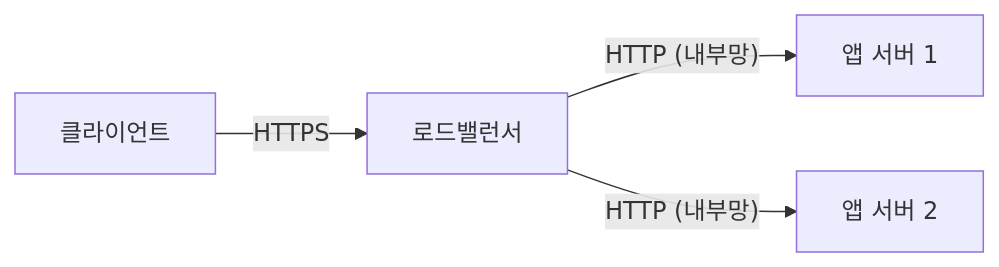
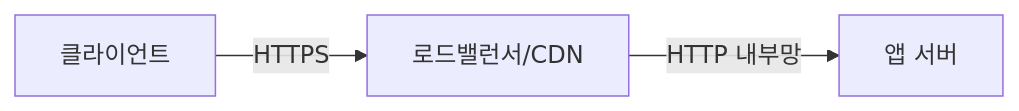
The tenth of 10 diagrams in _posts/network/2026-05-03-https-tls.md (yjkim2015/yjkim2015.github.io), drawn with Mermaid before and after one commit. The commit also changed other lines of this file and 4 other files, not shown here.

````diff
--- a/_posts/network/2026-05-03-https-tls.md
+++ b/_posts/network/2026-05-03-https-tls.md
@@ -377,10 +1200,5 @@
 ```mermaid
 graph LR
-    Client["클라이언트"]
-    LB["로드밸런서"]
-    App1["앱 서버 1"]
-    App2["앱 서버 2"]
-    Client -->|"HTTPS"| LB
-    LB -->|"HTTP (내부망)"| App1
-    LB -->|"HTTP (내부망)"| App2
+    C["클라이언트"] -->|"HTTPS"| LB["로드밸런서/CDN"]
+    LB -->|"HTTP 내부망"| App["앱 서버"]
 ```
````
